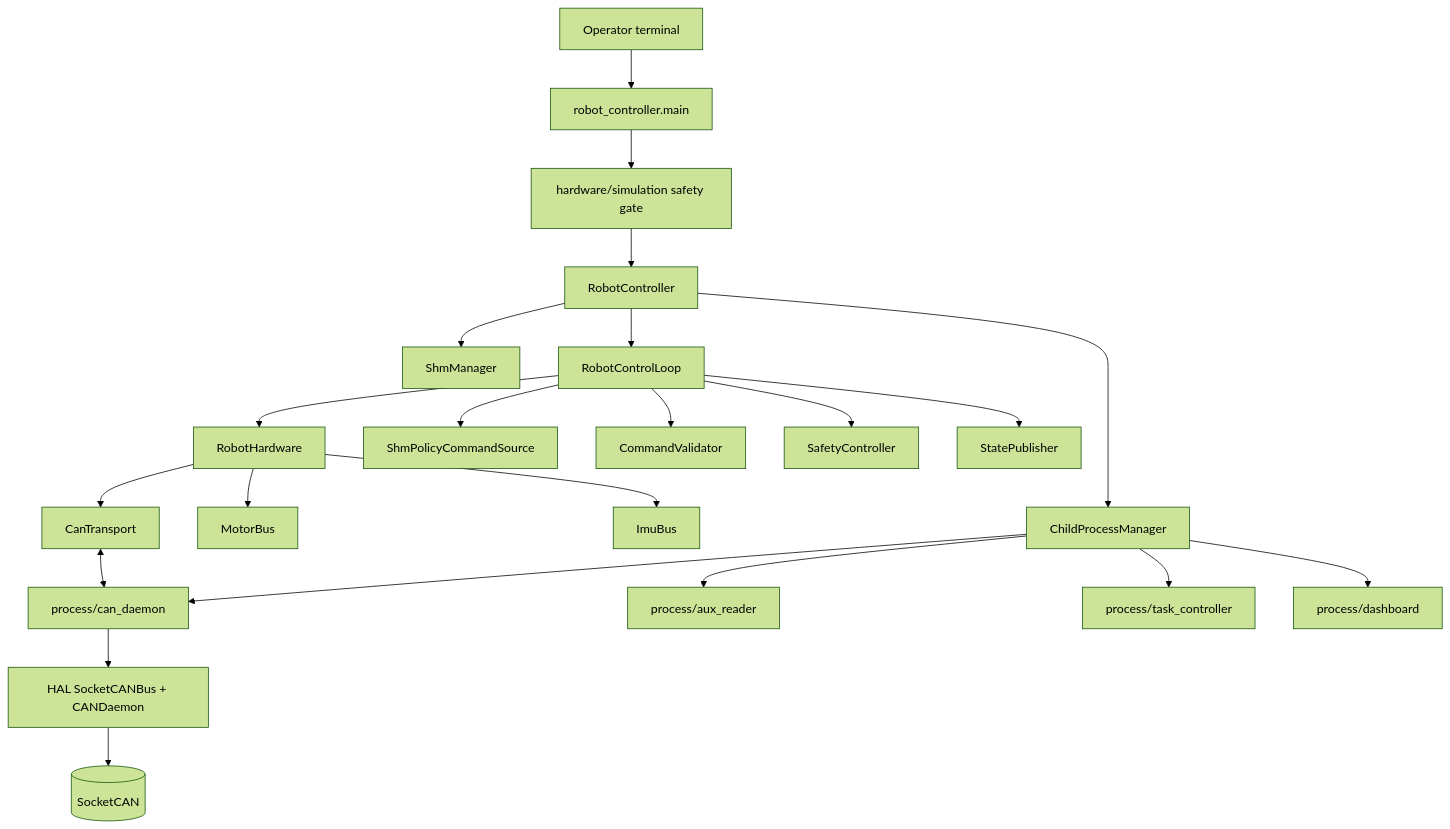
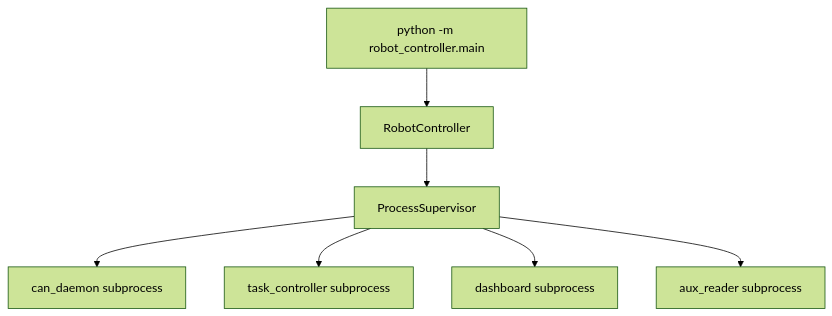
One commit to likesweetie/QHRR0-control changed the second of 2 diagrams in docs/ARCHITECTURE.md. Above: the diagram before and after it, drawn with Mermaid (forest theme). The commit also changed other lines of this file and 221 other files, not shown here.

````diff
--- a/docs/ARCHITECTURE.md
+++ b/docs/ARCHITECTURE.md
@@ -54,27 +35,17 @@
 ```mermaid
 flowchart TB
-    op[Operator terminal] --> main[robot_controller.main]
-    main --> gate[hardware/simulation safety gate]
-    gate --> rc[RobotController]
-    rc --> shm[ShmManager]
-    rc --> proc[ChildProcessManager]
-    rc --> loop[RobotControlLoop]
+    main[python -m robot_controller.main]
+    rc[RobotController]
+    sup[ProcessSupervisor]
+    can[can_daemon subprocess]
+    task[task_controller subprocess]
+    dash[dashboard subprocess]
+    aux[aux_reader subprocess]
 
-    proc --> canp[process/can_daemon]
-    proc --> aux[process/aux_reader]
-    proc --> task[process/task_controller]
-    proc --> dash[process/dashboard]
-
-    loop --> hw[RobotHardware]
-    hw --> motors[MotorBus]
-    hw --> imu[ImuBus]
-    hw --> cantransport[CanTransport]
-    cantransport <--> canp
-    canp --> hal[HAL SocketCANBus + CANDaemon]
-    hal --> canif[(SocketCAN)]
-
-    loop --> source[ShmPolicyCommandSource]
-    loop --> validator[CommandValidator]
-    loop --> safety[SafetyController]
-    loop --> publisher[StatePublisher]
+    main --> rc
+    rc --> sup
+    sup --> can
+    sup --> task
+    sup --> dash
+    sup --> aux
 ```
````
